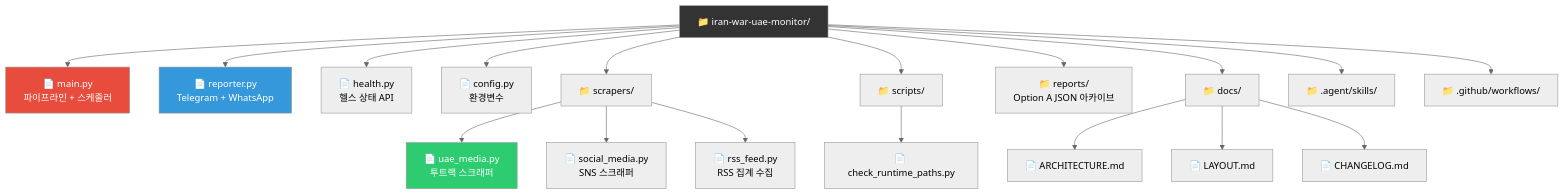
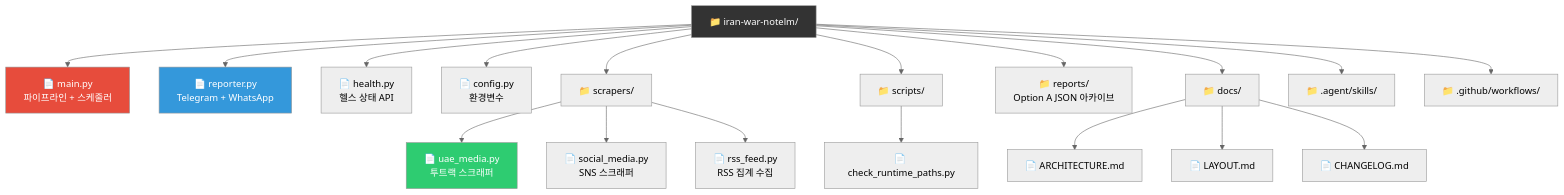
The second of 3 diagrams in README.md (macho715/iran-war-notelm), drawn with Mermaid (neutral theme) before and after one commit. The commit also changed other lines of this file and 1 other file, not shown here.

Commit message:
chore: standardize docs to canonical iran-war-notelm repo

````diff
--- a/README.md
+++ b/README.md
@@ -145,28 +145,28 @@
 ```mermaid
 graph TD
-    Root["📁 iran-war-uae-monitor/"]
+    Root["📁 iran-war-notelm/"]
     Root --> Main["📄 main.py\n파이프라인 + 스케줄러"]
     Root --> Reporter["📄 reporter.py\nTelegram + WhatsApp"]
     Root --> Health["📄 health.py\n헬스 상태 API"]
     Root --> Config["📄 config.py\n환경변수"]
     Root --> Scrapers["📁 scrapers/"]
     Root --> Scripts["📁 scripts/"]
     Root --> Reports["📁 reports/\nOption A JSON 아카이브"]
     Root --> Docs["📁 docs/"]
     Root --> Agent["📁 .agent/skills/"]
     Root --> Github["📁 .github/workflows/"]
 
     Scrapers --> UAE["📄 uae_media.py\n투트랙 스크래퍼"]
     Scrapers --> Social["📄 social_media.py\nSNS 스크래퍼"]
     Scrapers --> RSS["📄 rss_feed.py\nRSS 집계 수집"]
     Scripts --> PathDiag["📄 check_runtime_paths.py"]
 
     Docs --> Arch["📄 ARCHITECTURE.md"]
     Docs --> Layout["📄 LAYOUT.md"]
     Docs --> CL["📄 CHANGELOG.md"]
 
     style Root fill:#333,color:#fff
     style Main fill:#e74c3c,color:#fff
     style Reporter fill:#3498db,color:#fff
     style UAE fill:#2ecc71,color:#fff
 ```
````
